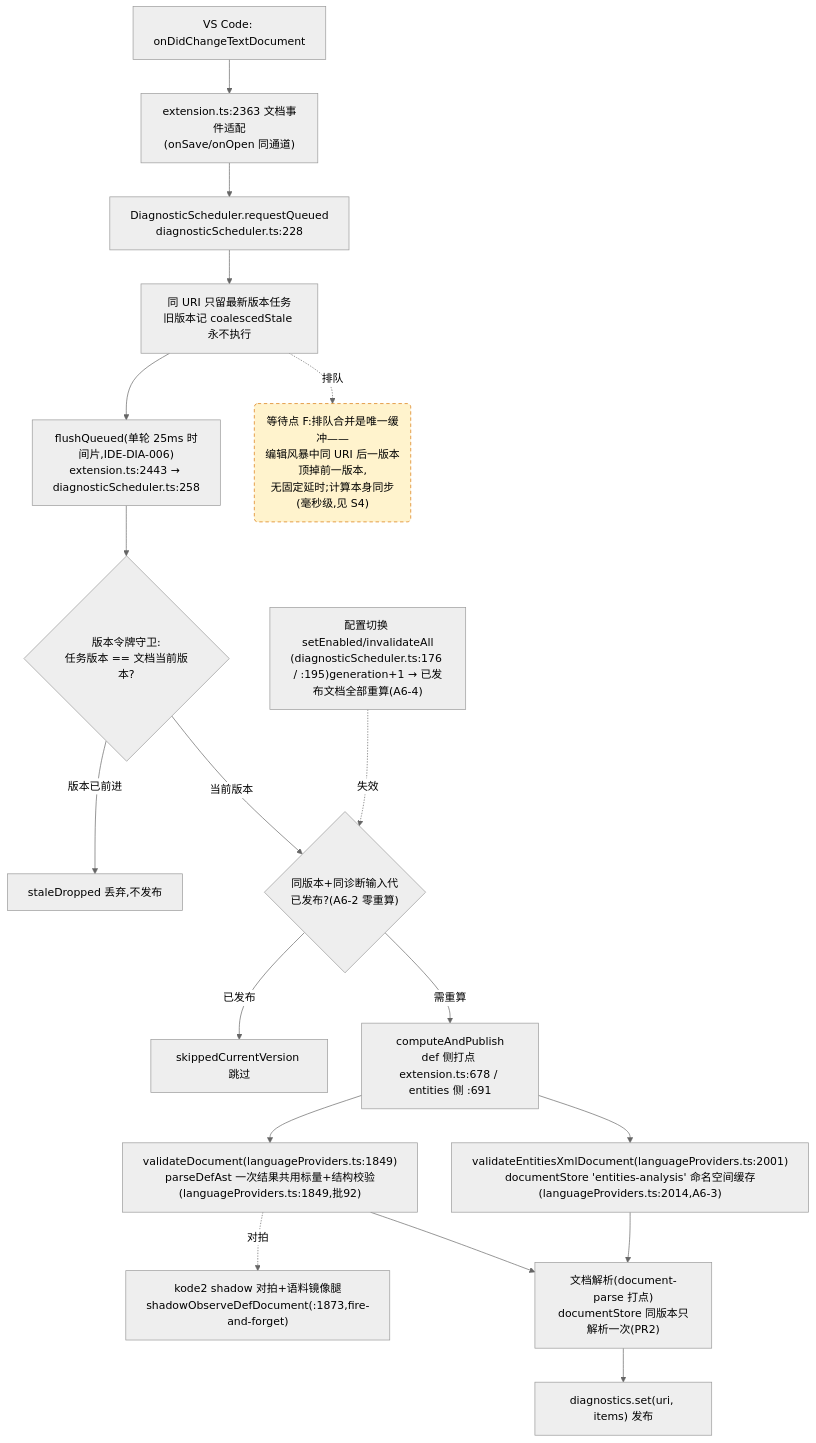
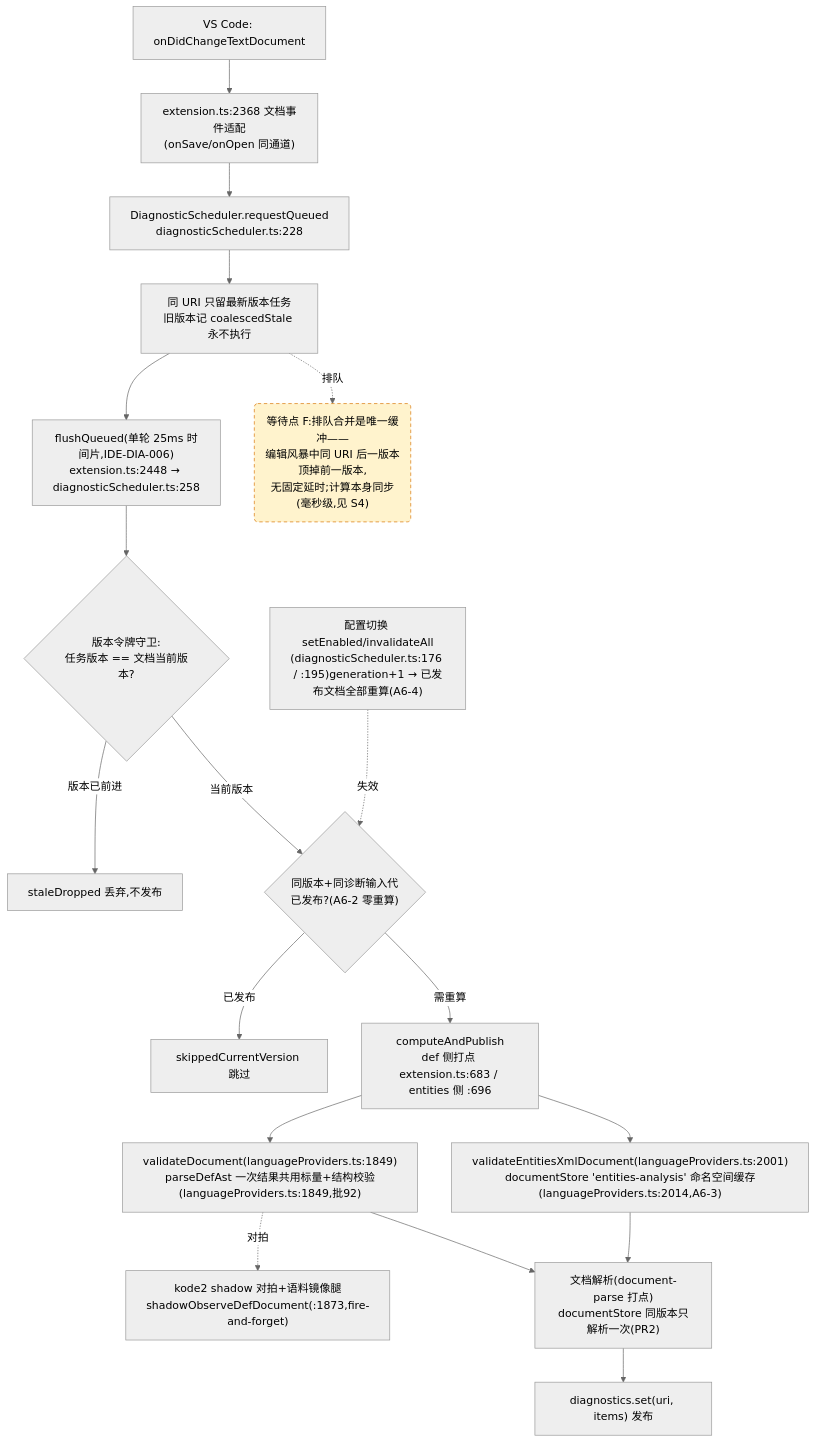
The fourth of 4 diagrams in docs/perf/2026-baseline.md (cuihairu/kode), drawn with Mermaid (neutral theme) before and after one commit. The commit also changed other lines of this file and 4 other files, not shown here.

````diff
--- a/docs/perf/2026-baseline.md
+++ b/docs/perf/2026-baseline.md
@@ -214,38 +214,38 @@
 ```mermaid
 flowchart TD
   CHG["VS Code: onDidChangeTextDocument"]
-  WATCH["extension.ts:2363 文档事件适配<br/>(onSave/onOpen 同通道)"]
+  WATCH["extension.ts:2368 文档事件适配<br/>(onSave/onOpen 同通道)"]
   RQ["DiagnosticScheduler.requestQueued<br/>diagnosticScheduler.ts:228"]
   CO["同 URI 只留最新版本任务<br/>旧版本记 coalescedStale 永不执行"]
-  FL["flushQueued(单轮 25ms 时间片,IDE-DIA-006)<br/>extension.ts:2443 → diagnosticScheduler.ts:258"]
+  FL["flushQueued(单轮 25ms 时间片,IDE-DIA-006)<br/>extension.ts:2448 → diagnosticScheduler.ts:258"]
   VG{"版本令牌守卫:<br/>任务版本 == 文档当前版本?"}
   DROP["staleDropped 丢弃,不发布"]
   GEN{"同版本+同诊断输入代<br/>已发布?(A6-2 零重算)"}
   SKIP["skippedCurrentVersion 跳过"]
-  CALC["computeAndPublish<br/>def 侧打点 extension.ts:678 / entities 侧 :691"]
+  CALC["computeAndPublish<br/>def 侧打点 extension.ts:683 / entities 侧 :696"]
   VD["validateDocument(languageProviders.ts:1849)<br/>parseDefAst 一次结果共用标量+结构校验(languageProviders.ts:1849,批92)"]
   VEX["validateEntitiesXmlDocument(languageProviders.ts:2001)<br/>documentStore 'entities-analysis' 命名空间缓存(languageProviders.ts:2014,A6-3)"]
   SHDD["kode2 shadow 对拍+语料镜像腿<br/>shadowObserveDefDocument(:1873,fire-and-forget)"]
   DS["文档解析(document-parse 打点)<br/>documentStore 同版本只解析一次(PR2)"]
   PUB["diagnostics.set(uri, items) 发布"]
   CFG2["配置切换 setEnabled/invalidateAll<br/>(diagnosticScheduler.ts:176 / :195)generation+1 → 已发布文档全部重算(A6-4)"]
 
   CHG --> WATCH --> RQ --> CO --> FL --> VG
   VG -- "版本已前进" --> DROP
   VG -- "当前版本" --> GEN
   GEN -- "已发布" --> SKIP
   GEN -- "需重算" --> CALC
   CALC --> VD
   CALC --> VEX
   VD --> DS
   VEX --> DS
   DS --> PUB
   VD -.->|对拍| SHDD
   CFG2 -.->|失效| GEN
 
   WAITF("等待点 F:排队合并是唯一缓冲——<br/>编辑风暴中同 URI 后一版本顶掉前一版本,<br/>无固定延时;计算本身同步(毫秒级,见 S4)")
   CO -.->|排队| WAITF
 
   classDef waitPoint fill:#fff3cd,stroke:#d97706,stroke-dasharray:5 4;
   class WAITF waitPoint;
 ```
````
